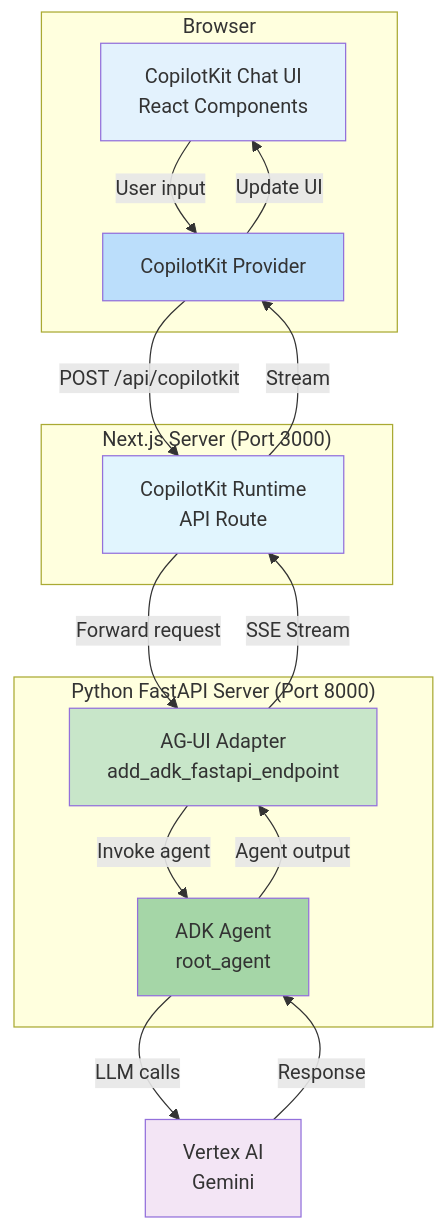
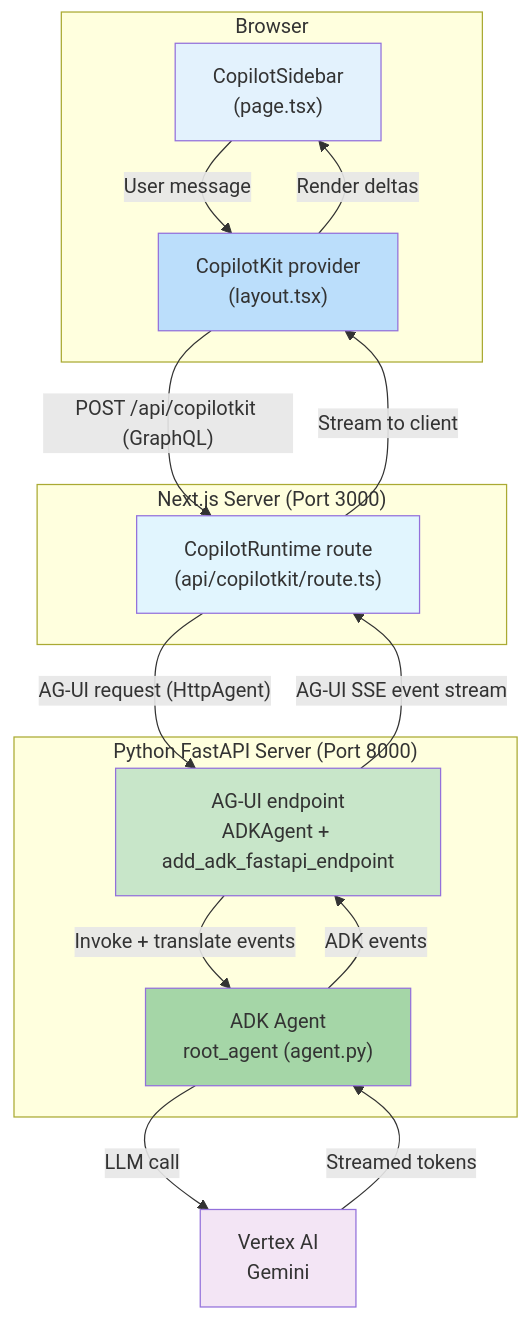
One commit to GoogleCloudPlatform/specialized-training-content changed the diagram in courses/build_production_ready_agents/ch5_demos/clients/agui-copilotkit/README.md. Above: the diagram before and after it, drawn with Mermaid. The commit also changed other lines of this file and 7 other files, not shown here.

````diff
--- a/courses/build_production_ready_agents/ch5_demos/clients/agui-copilotkit/README.md
+++ b/courses/build_production_ready_agents/ch5_demos/clients/agui-copilotkit/README.md
@@ -104,36 +123,36 @@
 ```mermaid
 graph TB
     subgraph "Browser"
-        UI[CopilotKit Chat UI<br/>React Components]
-        CopilotKit[CopilotKit Provider]
+        UI["CopilotSidebar<br/>(page.tsx)"]
+        Provider["CopilotKit provider<br/>(layout.tsx)"]
     end
 
     subgraph "Next.js Server (Port 3000)"
-        Runtime[CopilotKit Runtime<br/>API Route]
+        Runtime["CopilotRuntime route<br/>(api/copilotkit/route.ts)"]
     end
 
     subgraph "Python FastAPI Server (Port 8000)"
-        AGUI[AG-UI Adapter<br/>add_adk_fastapi_endpoint]
-        ADK[ADK Agent<br/>root_agent]
+        AGUI["AG-UI endpoint<br/>ADKAgent + add_adk_fastapi_endpoint"]
+        ADK["ADK Agent<br/>root_agent (agent.py)"]
     end
 
-    Vertex[Vertex AI<br/>Gemini]
+    Vertex["Vertex AI<br/>Gemini"]
 
-    UI -->|User input| CopilotKit
-    CopilotKit -->|POST /api/copilotkit| Runtime
-    Runtime -->|Forward request| AGUI
-    AGUI -->|Invoke agent| ADK
-    ADK -->|LLM calls| Vertex
-    Vertex -->|Response| ADK
-    ADK -->|Agent output| AGUI
-    AGUI -->|SSE Stream| Runtime
-    Runtime -->|Stream| CopilotKit
-    CopilotKit -->|Update UI| UI
+    UI -->|"User message"| Provider
+    Provider -->|"POST /api/copilotkit (GraphQL)"| Runtime
+    Runtime -->|"AG-UI request (HttpAgent)"| AGUI
+    AGUI -->|"Invoke + translate events"| ADK
+    ADK -->|"LLM call"| Vertex
+    Vertex -->|"Streamed tokens"| ADK
+    ADK -->|"ADK events"| AGUI
+    AGUI -->|"AG-UI SSE event stream"| Runtime
+    Runtime -->|"Stream to client"| Provider
+    Provider -->|"Render deltas"| UI
 
     style UI fill:#e3f2fd
-    style CopilotKit fill:#bbdefb
+    style Provider fill:#bbdefb
     style Runtime fill:#E1F5FE
     style AGUI fill:#c8e6c9
     style ADK fill:#a5d6a7
     style Vertex fill:#f3e5f5
 ```
````
